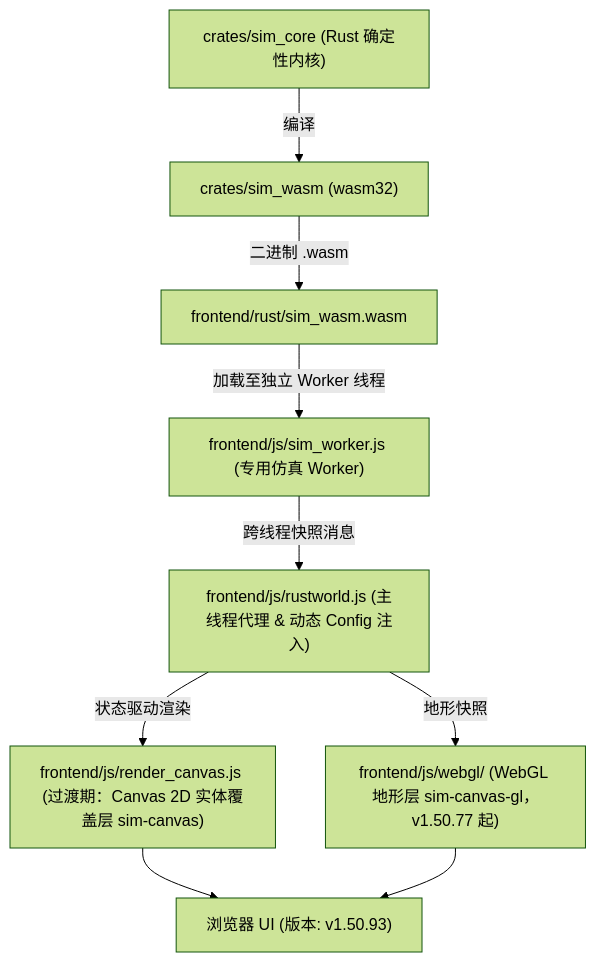
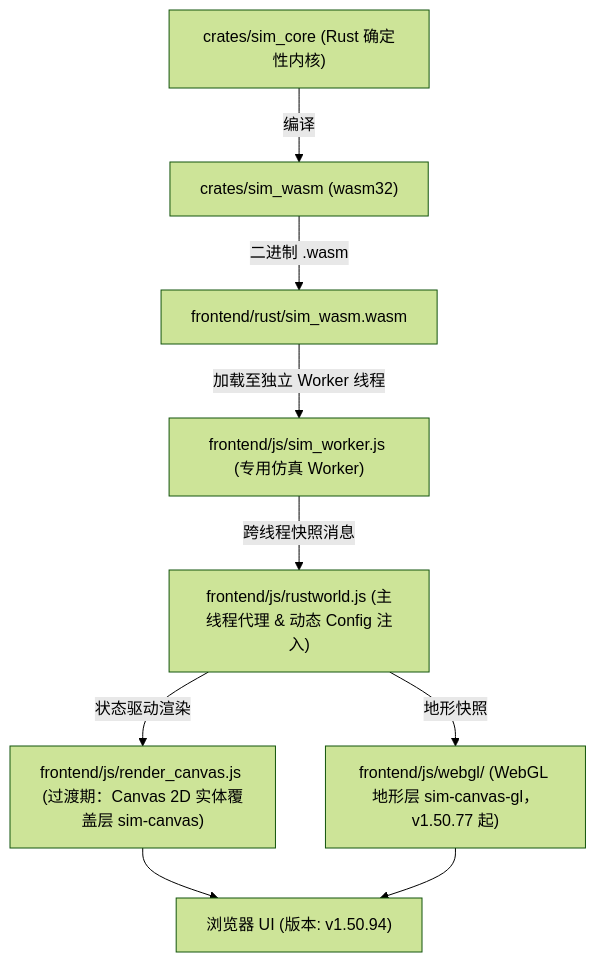
One commit to g39088902/FlowAndAccord changed the diagram in AGENTS.md. Above: the diagram before and after it, drawn with Mermaid (forest theme). The commit also changed other lines of this file and 12 other files, not shown here.

````diff
--- a/AGENTS.md
+++ b/AGENTS.md
@@ -62,12 +62,12 @@
 ```mermaid
 graph TD
     A["crates/sim_core (Rust 确定性内核)"] -->|编译| B["crates/sim_wasm (wasm32)"]
     B -->|二进制 .wasm| C["frontend/rust/sim_wasm.wasm"]
     C -->|加载至独立 Worker 线程| D["frontend/js/sim_worker.js (专用仿真 Worker)"]
     D -->|跨线程快照消息| E["frontend/js/rustworld.js (主线程代理 & 动态 Config 注入)"]
     E -->|状态驱动渲染| F["frontend/js/render_canvas.js (过渡期：Canvas 2D 实体覆盖层 sim-canvas)"]
     E -->|地形快照| F2["frontend/js/webgl/ (WebGL 地形层 sim-canvas-gl，v1.50.77 起)"]
-    F --> G["浏览器 UI (版本: v1.50.93)"]
+    F --> G["浏览器 UI (版本: v1.50.94)"]
     F2 --> G
 
 ```
````
